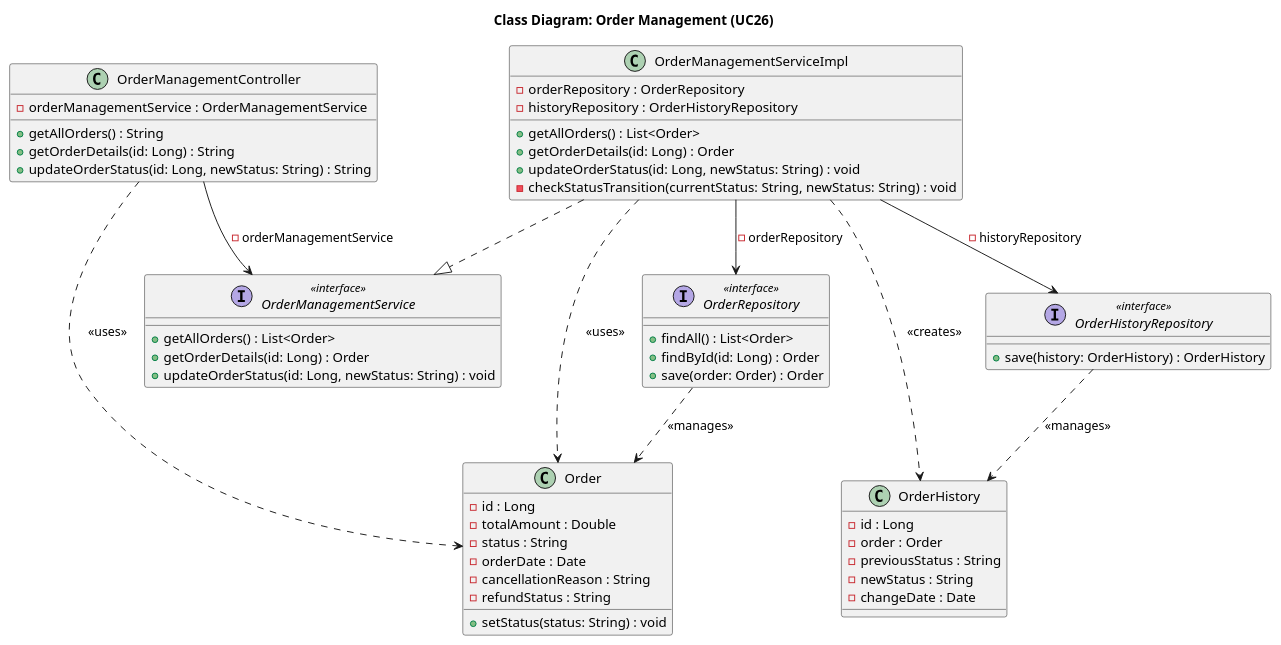
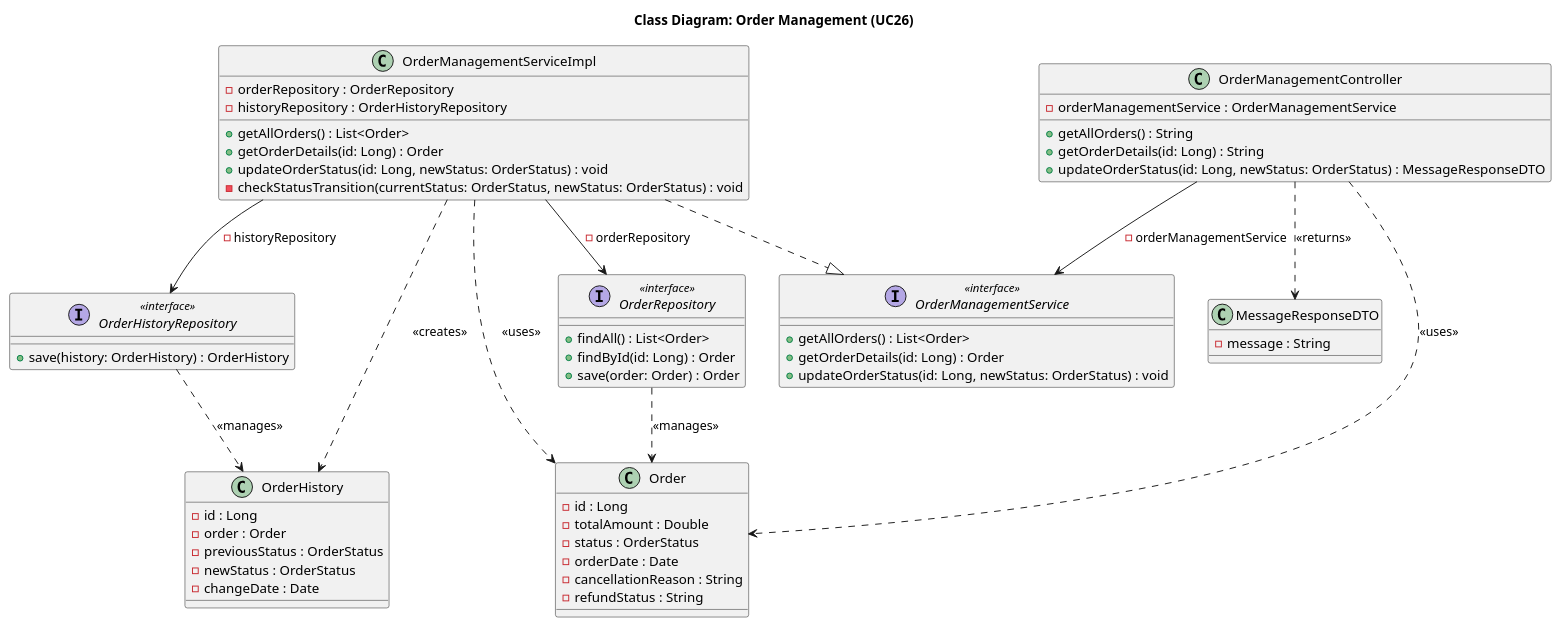
Before and after one commit to Peterdir/fashion-store-system: the diagram in src/main/java/org/example/fashionstoresystem/uml/Class/CD26_OrderManagement.puml, drawn with PlantUML. The commit also changed 36 other files, not shown here.

```diff
--- a/src/main/java/org/example/fashionstoresystem/uml/Class/CD26_OrderManagement.puml
+++ b/src/main/java/org/example/fashionstoresystem/uml/Class/CD26_OrderManagement.puml
@@ -1,76 +1,83 @@
 @startuml
 title Class Diagram: Order Management (UC26)
 
 ' Controller
 class OrderManagementController {
     - orderManagementService : OrderManagementService
     + getAllOrders() : String
     + getOrderDetails(id: Long) : String
-    + updateOrderStatus(id: Long, newStatus: String) : String
+    + updateOrderStatus(id: Long, newStatus: OrderStatus) : MessageResponseDTO
 }
 
 ' Service
 interface OrderManagementService <<interface>> {
     + getAllOrders() : List<Order>
     + getOrderDetails(id: Long) : Order
-    + updateOrderStatus(id: Long, newStatus: String) : void
+    + updateOrderStatus(id: Long, newStatus: OrderStatus) : void
 }
 
 class OrderManagementServiceImpl {
     - orderRepository : OrderRepository
     - historyRepository : OrderHistoryRepository
     + getAllOrders() : List<Order>
     + getOrderDetails(id: Long) : Order
-    + updateOrderStatus(id: Long, newStatus: String) : void
-    - checkStatusTransition(currentStatus: String, newStatus: String) : void
+    + updateOrderStatus(id: Long, newStatus: OrderStatus) : void
+    - checkStatusTransition(currentStatus: OrderStatus, newStatus: OrderStatus) : void
 }
 
 ' Repository
 interface OrderRepository <<interface>> {
     + findAll() : List<Order>
     + findById(id: Long) : Order
     + save(order: Order) : Order
 }
 
 interface OrderHistoryRepository <<interface>> {
     + save(history: OrderHistory) : OrderHistory
 }
 
-' Entity & DTO
+' DTO
+
+class MessageResponseDTO {
+    - message : String
+}
+
+' Entity
+
 class Order {
     - id : Long
     - totalAmount : Double
-    - status : String
+    - status : OrderStatus
     - orderDate : Date
     - cancellationReason : String
     - refundStatus : String
-    + setStatus(status: String) : void
 }
 
 class OrderHistory {
     - id : Long
     - order : Order
-    - previousStatus : String
-    - newStatus : String
+    - previousStatus : OrderStatus
+    - newStatus : OrderStatus
     - changeDate : Date
 }
 
 ' Relationships
 
 ' Implementation
 OrderManagementServiceImpl ..|> OrderManagementService
 
 ' Dependency Injection
 OrderManagementController --> OrderManagementService : - orderManagementService
 OrderManagementServiceImpl --> OrderRepository : - orderRepository
 OrderManagementServiceImpl --> OrderHistoryRepository : - historyRepository
 
 ' Object Usage
 OrderManagementController ..> Order : <<uses>>
+OrderManagementController ..> MessageResponseDTO : <<returns>>
 OrderManagementServiceImpl ..> Order : <<uses>>
 OrderRepository ..> Order : <<manages>>
 
 OrderManagementServiceImpl ..> OrderHistory : <<creates>>
 OrderHistoryRepository ..> OrderHistory : <<manages>>
 
 @enduml
```
